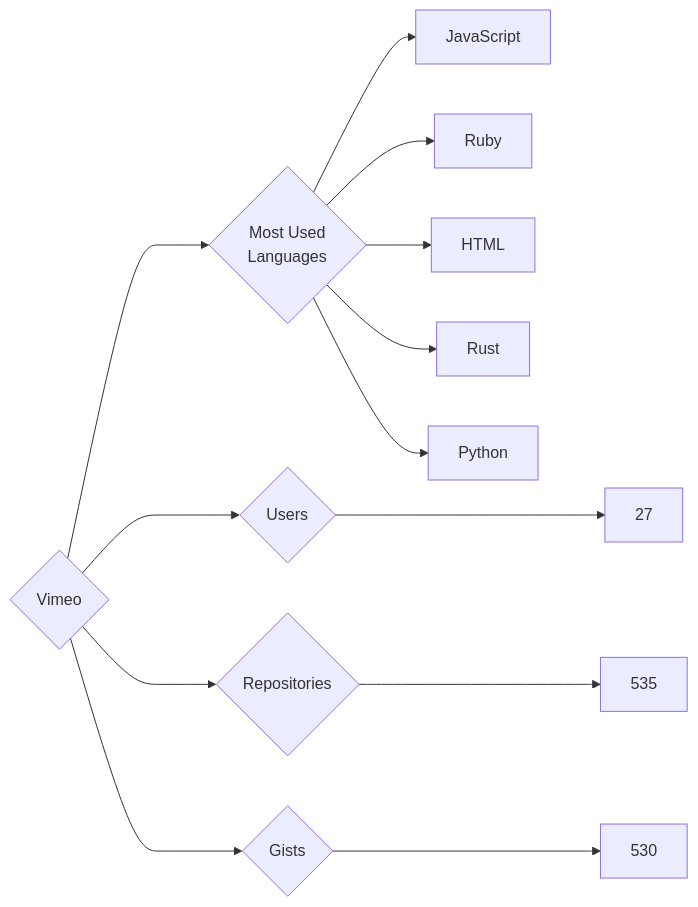
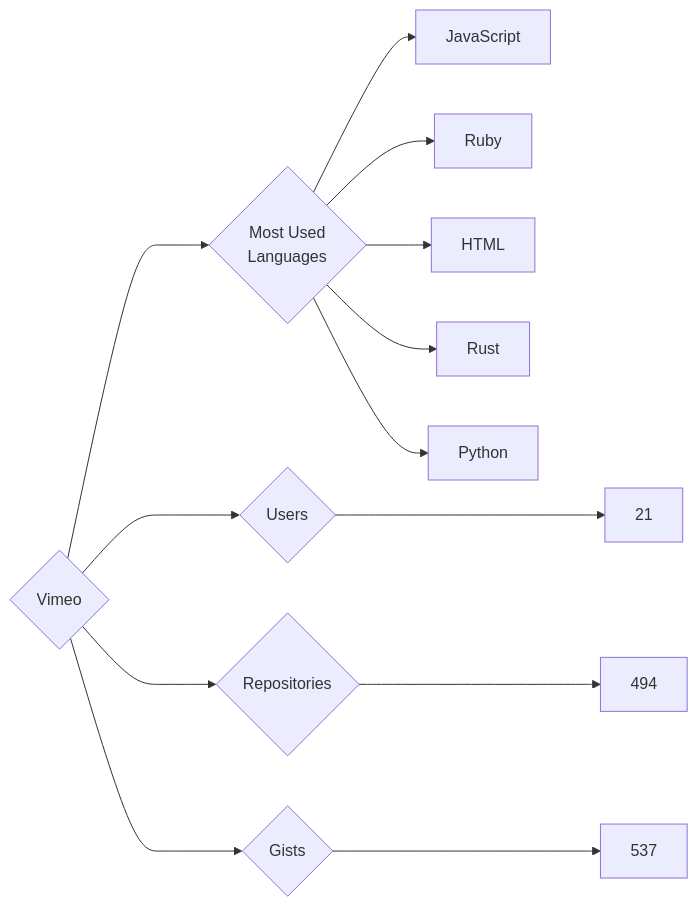
The diagram in targets/Vimeo/README.md (trickest/insiders), drawn with Mermaid before and after one commit. The commit also changed 878 other files, not shown here.

````diff
--- a/targets/Vimeo/README.md
+++ b/targets/Vimeo/README.md
@@ -3,13 +3,13 @@
 ```mermaid
 graph LR
 COMPANY_NAME{Vimeo}
-COMPANY_NAME ---> U{Users} ---> UN[27]
-COMPANY_NAME ---> R{Repositories} ---> RN[535]
-COMPANY_NAME ---> G{Gists} ---> GN[530]
+COMPANY_NAME ---> U{Users} ---> UN[21]
+COMPANY_NAME ---> R{Repositories} ---> RN[494]
+COMPANY_NAME ---> G{Gists} ---> GN[537]
 COMPANY_NAME ---> ML{Most Used<br>Languages}
 ML --> JavaScript[JavaScript]
 ML --> Ruby[Ruby]
 ML --> HTML[HTML]
 ML --> Rust[Rust]
 ML --> Python[Python]
 ```
````
